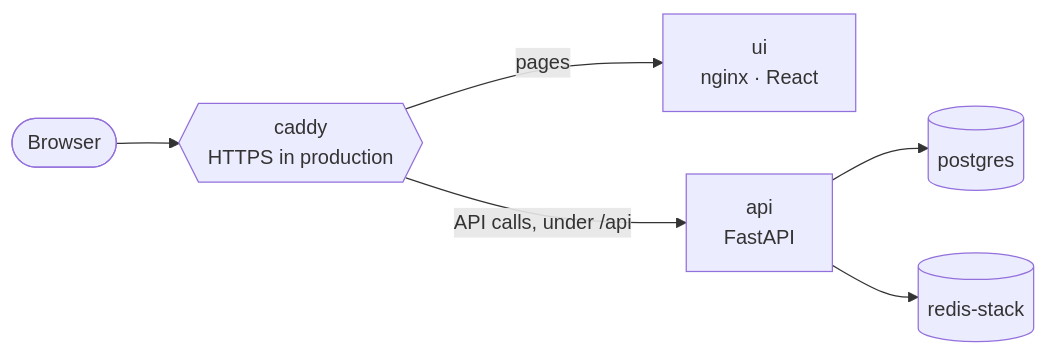
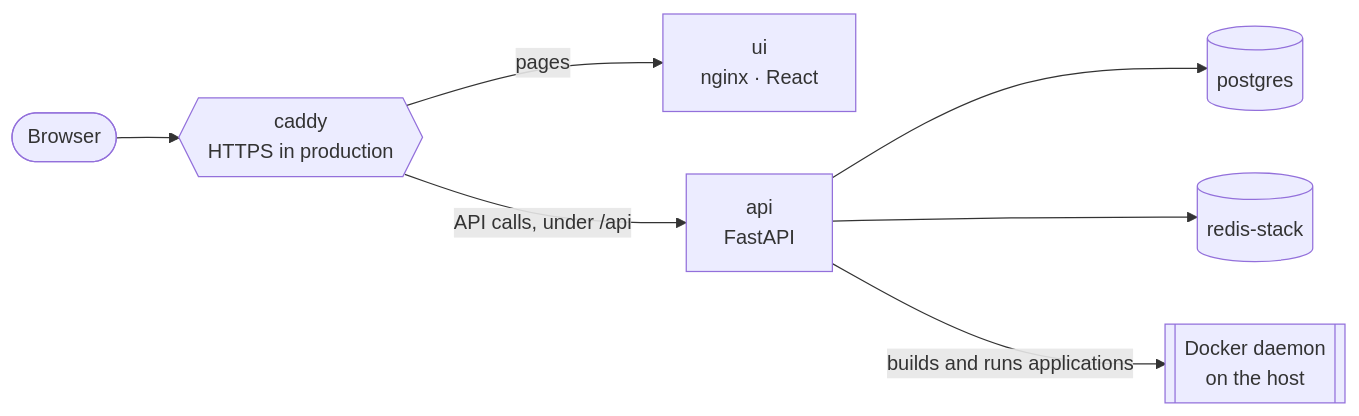
One commit to armirshehaj/deplocker changed the diagram in README.md. Above: the diagram before and after it, drawn with Mermaid. The commit also changed other lines of this file and 4 other files, not shown here.

First line of the commit message:
build(api): reach the host's Docker daemon with buildx

````diff
--- a/README.md
+++ b/README.md
@@ -42,15 +42,17 @@
 ```mermaid
 flowchart LR
     browser(["Browser"])
     caddy{{"caddy<br/>HTTPS in production"}}
     ui["ui<br/>nginx · React"]
     api["api<br/>FastAPI"]
     postgres[("postgres")]
     redis[("redis-stack")]
+    daemon[["Docker daemon<br/>on the host"]]
 
     browser --> caddy
     caddy -->|pages| ui
     caddy -->|API calls, under /api| api
     api --> postgres
     api --> redis
+    api -->|builds and runs applications| daemon
 ```
````
